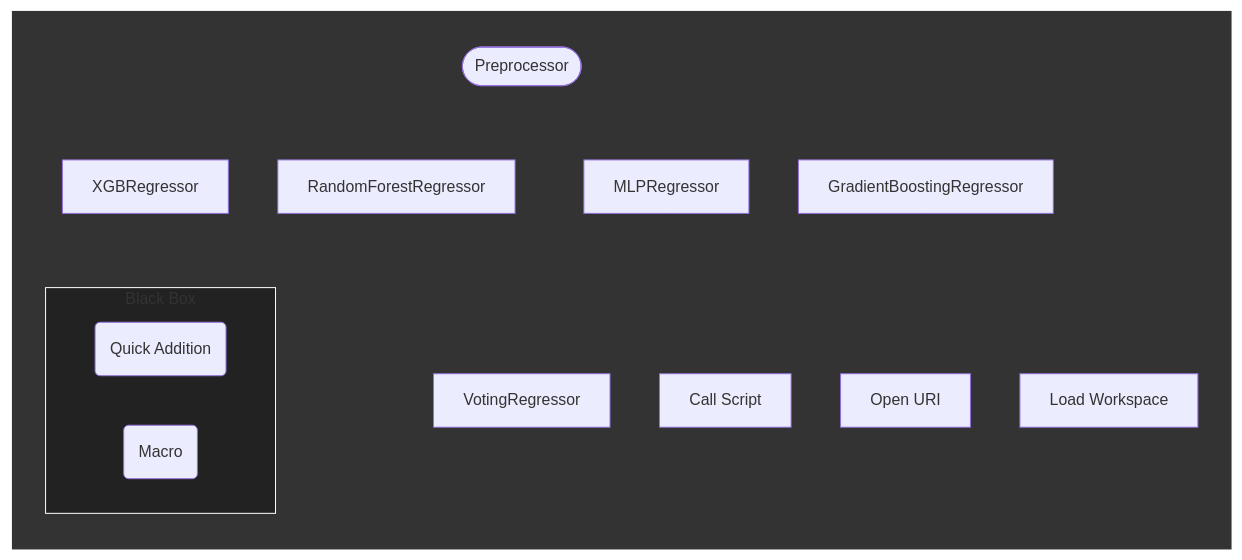
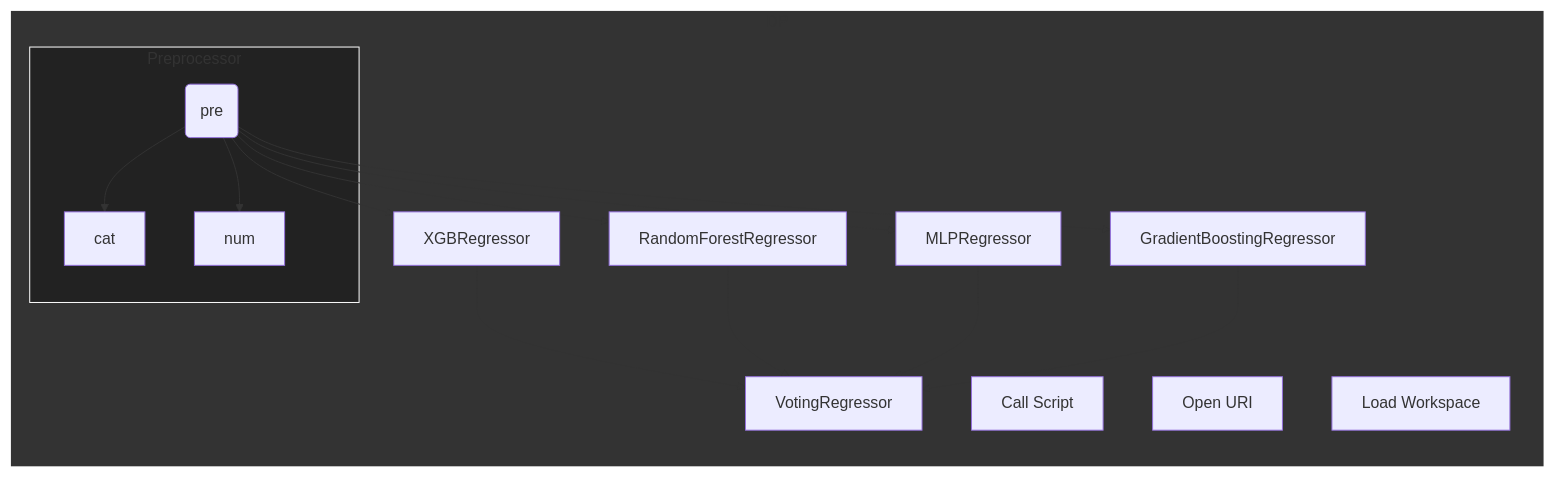
The first of 2 diagrams in Distance-Predictor/README.md (NickBok/Baseball), drawn with Mermaid before and after one commit.

````diff
--- a/Distance-Predictor/README.md
+++ b/Distance-Predictor/README.md
@@ -71,23 +71,22 @@
 ```mermaid
 graph LR
-    subgraph 1[System Flow]
-        Preprocessor([Preprocessor])
-        subgraph 2[Black Box]
-            QA(Quick Addition)
-            QM(Macro)
+    subgraph 1[DP]
+        subgraph 2[Preprocessor]
+            Preprocessor(pre) --> cat;
+            Preprocessor(pre) --> num;
         end
         B[Call Script]
         C[Open URI]
         D[Load Workspace]
         Preprocessor-->XGBRegressor;
         Preprocessor-->RandomForestRegressor;
         Preprocessor-->MLPRegressor;
         Preprocessor-->GradientBoostingRegressor;
         XGBRegressor-->VotingRegressor;
         RandomForestRegressor-->VotingRegressor;
         MLPRegressor-->VotingRegressor;
         GradientBoostingRegressor-->VotingRegressor;
     end
 style 1 fill:#333333,stroke:#FFFFFF,stroke-width:2px
 style 2 fill:#222222,stroke:#FFFFFF,stroke-width:1px
 ```
````
